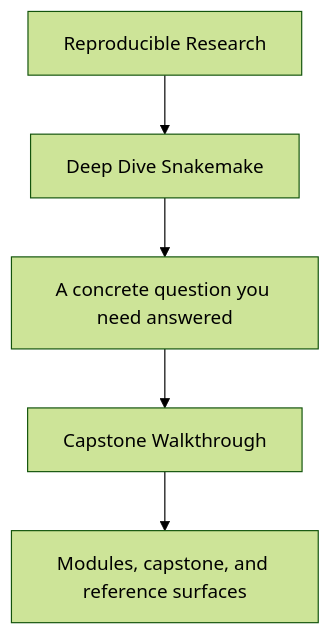
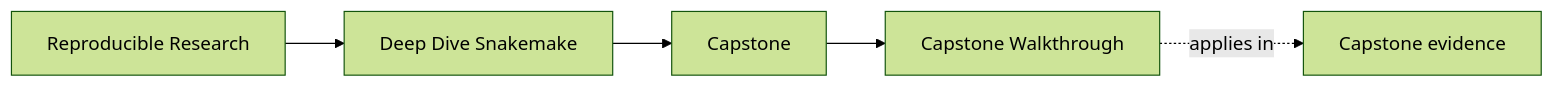
Before and after one commit to bijux/bijux-masterclass: the first of 2 diagrams in programs/reproducible-research/deep-dive-snakemake/course-book/capstone/capstone-walkthrough.md, drawn with Mermaid (forest theme). The commit also changed other lines of this file and 149 other files, not shown here.

Commit message:
docs(deep-dive-snakemake): map workflow proof and operations surfaces

````diff
--- a/programs/reproducible-research/deep-dive-snakemake/course-book/capstone/capstone-walkthrough.md
+++ b/programs/reproducible-research/deep-dive-snakemake/course-book/capstone/capstone-walkthrough.md
@@ -6,7 +6,11 @@
 ```mermaid
-flowchart TD
-  family["Reproducible Research"] --> program["Deep Dive Snakemake"]
-  program --> pressure["A concrete question you need answered"]
-  pressure --> guide["Capstone Walkthrough"]
-  guide --> next["Modules, capstone, and reference surfaces"]
+graph LR
+  family["Reproducible Research"]
+  program["Deep Dive Snakemake"]
+  section["Capstone"]
+  page["Capstone Walkthrough"]
+  capstone["Capstone evidence"]
+
+  family --> program --> section --> page
+  page -.applies in.-> capstone
 ```
````
